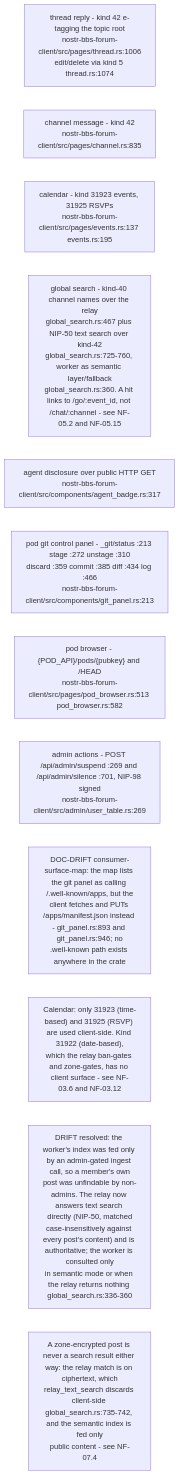
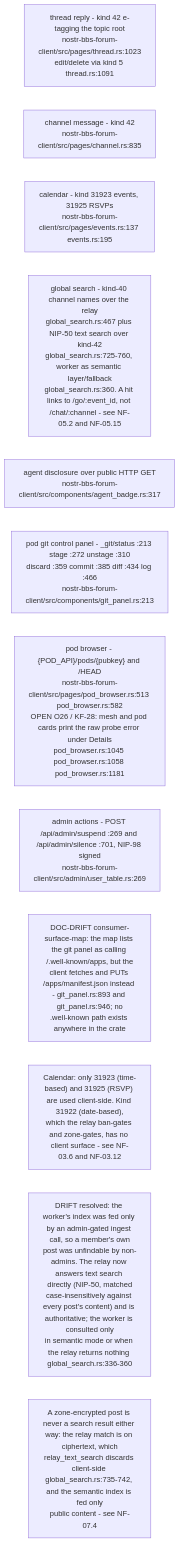
The tenth of 20 diagrams in docs/diagrams/nostr-rust-forum/05-leptos-clients-onboarding-messaging-governance.md (DreamLab-AI/VisionFlow), drawn with Mermaid before and after one commit. The commit also changed other lines of this file, not shown here.

First line of the commit message:
docs(diagrams): re-verify NF-05 at nostr-rust-forum af4f0d5

````diff
--- a/docs/diagrams/nostr-rust-forum/05-leptos-clients-onboarding-messaging-governance.md
+++ b/docs/diagrams/nostr-rust-forum/05-leptos-clients-onboarding-messaging-governance.md
@@ -348,16 +361,16 @@
 ```mermaid
 flowchart LR
-    THREAD["thread reply - kind 42 e-tagging the topic root<br/>nostr-bbs-forum-client/src/pages/thread.rs:1006<br/>edit/delete via kind 5 thread.rs:1074"]
+    THREAD["thread reply - kind 42 e-tagging the topic root<br/>nostr-bbs-forum-client/src/pages/thread.rs:1023<br/>edit/delete via kind 5 thread.rs:1091"]
     CHAN["channel message - kind 42<br/>nostr-bbs-forum-client/src/pages/channel.rs:835"]
     EVENTS["calendar - kind 31923 events, 31925 RSVPs<br/>nostr-bbs-forum-client/src/pages/events.rs:137 events.rs:195"]
     SEARCH["global search - kind-40 channel names over the relay<br/>global_search.rs:467 plus NIP-50 text search over kind-42<br/>global_search.rs:725-760, worker as semantic layer/fallback<br/>global_search.rs:360. A hit links to /go/:event_id, not /chat/:channel - see NF-05.2 and NF-05.15"]
     BADGE["agent disclosure over public HTTP GET<br/>nostr-bbs-forum-client/src/components/agent_badge.rs:317"]
     GIT["pod git control panel - _git/status :213 stage :272 unstage :310<br/>discard :359 commit :385 diff :434 log :466<br/>nostr-bbs-forum-client/src/components/git_panel.rs:213"]
-    POD["pod browser - {POD_API}/pods/{pubkey} and /HEAD<br/>nostr-bbs-forum-client/src/pages/pod_browser.rs:513 pod_browser.rs:582"]
+    POD["pod browser - {POD_API}/pods/{pubkey} and /HEAD<br/>nostr-bbs-forum-client/src/pages/pod_browser.rs:513 pod_browser.rs:582<br/>OPEN O26 / KF-28: mesh and pod cards print the raw probe error under Details<br/>pod_browser.rs:1045 pod_browser.rs:1058 pod_browser.rs:1181"]
     ADMINT["admin actions - POST /api/admin/suspend :269 and /api/admin/silence :701, NIP-98 signed<br/>nostr-bbs-forum-client/src/admin/user_table.rs:269"]
 
     N1["DOC-DRIFT consumer-surface-map: the map lists the git panel as calling /.well-known/apps, but the<br/>client fetches and PUTs /apps/manifest.json instead - git_panel.rs:893 and git_panel.rs:946; no<br/>.well-known path exists anywhere in the crate"]
     N2["Calendar: only 31923 (time-based) and 31925 (RSVP) are used client-side. Kind 31922 (date-based),<br/>which the relay ban-gates and zone-gates, has no client surface - see NF-03.6 and NF-03.12"]
     N3["DRIFT resolved: the worker's index was fed only by an admin-gated ingest call, so a member's own<br/>post was unfindable by non-admins. The relay now answers text search directly (NIP-50, matched<br/>case-insensitively against every post's content) and is authoritative; the worker is consulted only<br/>in semantic mode or when the relay returns nothing global_search.rs:336-360"]
     N4["A zone-encrypted post is never a search result either way: the relay match is on ciphertext, which<br/>relay_text_search discards client-side global_search.rs:735-742, and the semantic index is fed only<br/>public content - see NF-07.4"]
 ```
````
